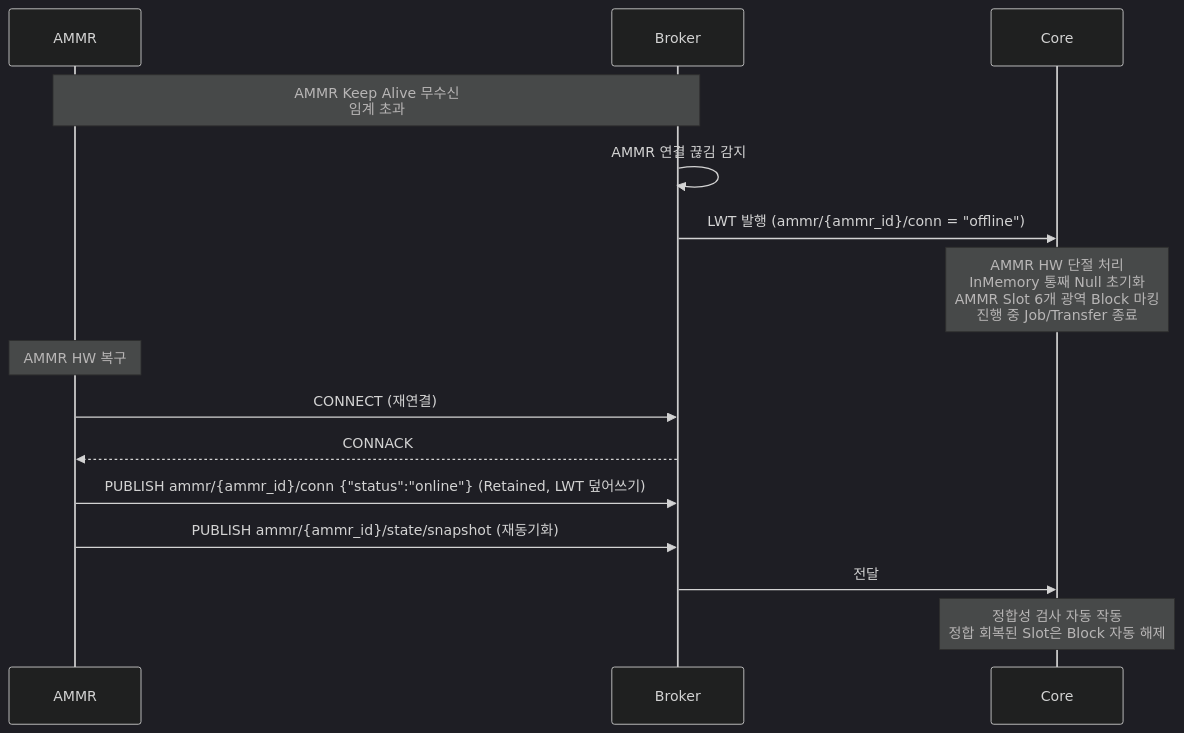
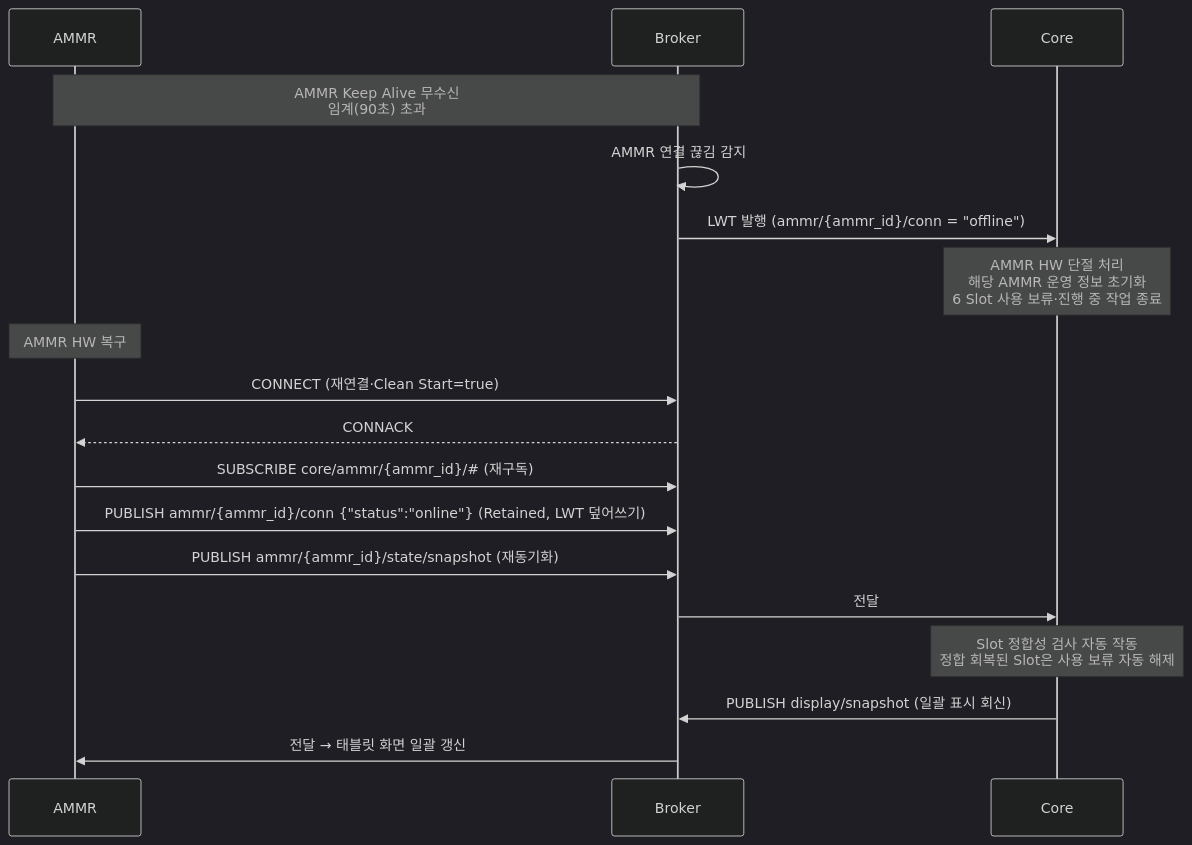
Diagram 11 of 12 in docs/out/Core_ICD_AMMR.md (kimminsu0315/Core-Docs), drawn with Mermaid (dark theme) before and after one commit. The commit also changed other lines of this file and 7 other files, not shown here.

````diff
--- a/docs/out/Core_ICD_AMMR.md
+++ b/docs/out/Core_ICD_AMMR.md
@@ -790,19 +1175,22 @@
 ```mermaid
 sequenceDiagram
     participant A as AMMR
     participant B as Broker
     participant C as Core
 
-    Note over A,B: AMMR Keep Alive 무수신<br/>임계 초과
+    Note over A,B: AMMR Keep Alive 무수신<br/>임계(90초) 초과
     B->>B: AMMR 연결 끊김 감지
     B->>C: LWT 발행 (ammr/{ammr_id}/conn = "offline")
-    Note over C: AMMR HW 단절 처리<br/>InMemory 통째 Null 초기화<br/>AMMR Slot 6개 광역 Block 마킹<br/>진행 중 Job/Transfer 종료
+    Note over C: AMMR HW 단절 처리<br/>해당 AMMR 운영 정보 초기화<br/>6 Slot 사용 보류·진행 중 작업 종료
 
     Note over A: AMMR HW 복구
-    A->>B: CONNECT (재연결)
+    A->>B: CONNECT (재연결·Clean Start=true)
     B-->>A: CONNACK
+    A->>B: SUBSCRIBE core/ammr/{ammr_id}/#35; (재구독)
     A->>B: PUBLISH ammr/{ammr_id}/conn {"status":"online"} (Retained, LWT 덮어쓰기)
     A->>B: PUBLISH ammr/{ammr_id}/state/snapshot (재동기화)
     B->>C: 전달
-    Note over C: 정합성 검사 자동 작동<br/>정합 회복된 Slot은 Block 자동 해제
+    Note over C: Slot 정합성 검사 자동 작동<br/>정합 회복된 Slot은 사용 보류 자동 해제
+    C->>B: PUBLISH display/snapshot (일괄 표시 회신)
+    B->>A: 전달 → 태블릿 화면 일괄 갱신
 ```
````
